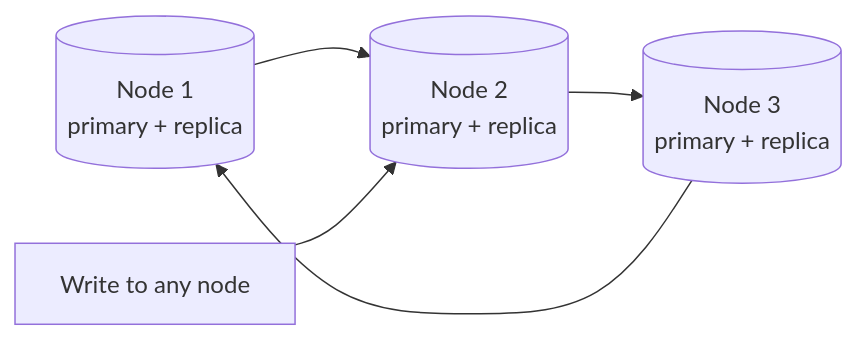
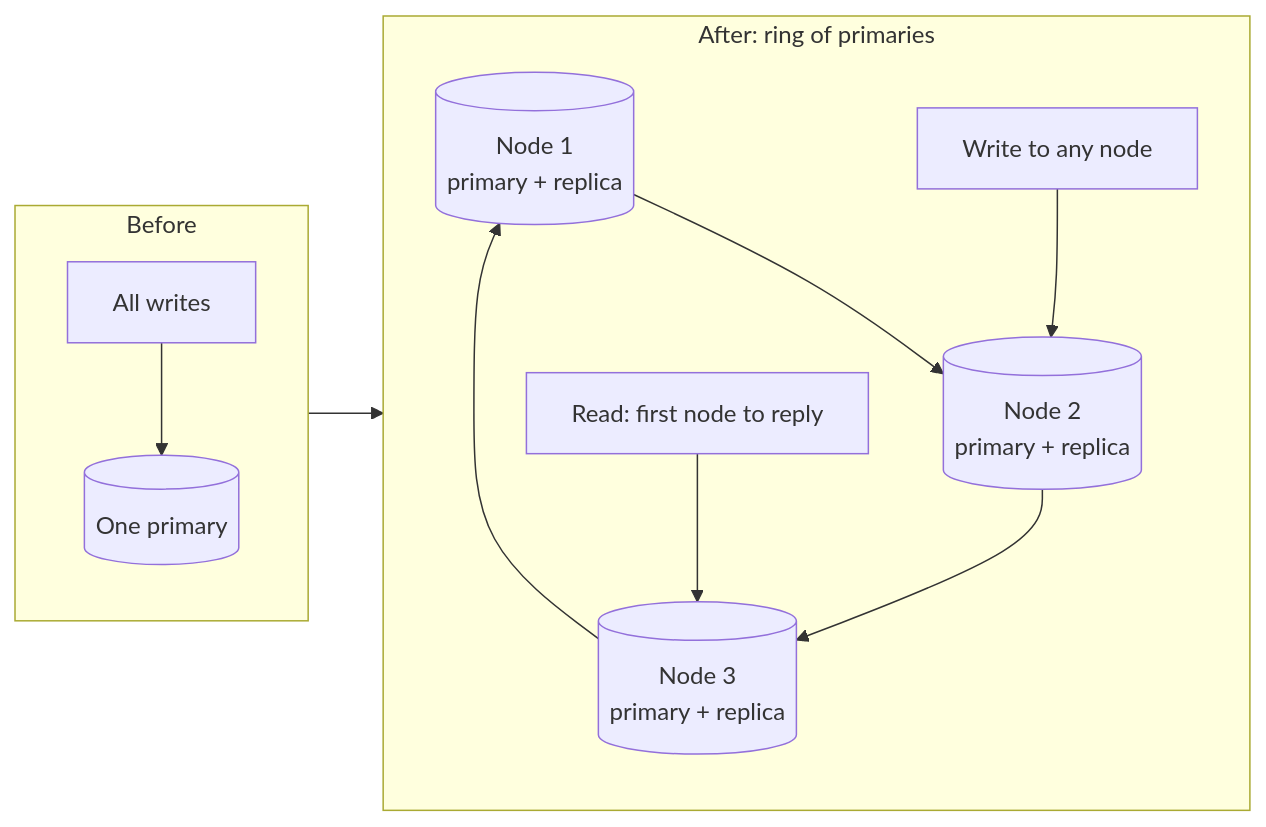
One commit to aaryan-pradhan/core-cs-fundamentals changed the fifth of 8 diagrams in dbms/19-scaling-patterns.md. Above: the diagram before and after it, drawn with Mermaid. The commit also changed other lines of this file, not shown here.

````diff
--- a/dbms/19-scaling-patterns.md
+++ b/dbms/19-scaling-patterns.md
@@ -94,7 +86,14 @@
 ```mermaid
 flowchart LR
-  N1[("Node 1<br/>primary + replica")] --> N2[("Node 2<br/>primary + replica")]
-  N2 --> N3[("Node 3<br/>primary + replica")]
-  N3 --> N1
-  W["Write to any node"] --> N2
+  subgraph B["Before"]
+    W1["All writes"] --> P1[("One primary")]
+  end
+  subgraph A["After: ring of primaries"]
+    N1[("Node 1<br/>primary + replica")] --> N2[("Node 2<br/>primary + replica")]
+    N2 --> N3[("Node 3<br/>primary + replica")]
+    N3 --> N1
+    W2["Write to any node"] --> N2
+    RQ["Read: first node to reply"] --> N3
+  end
+  B --> A
 ```
````
